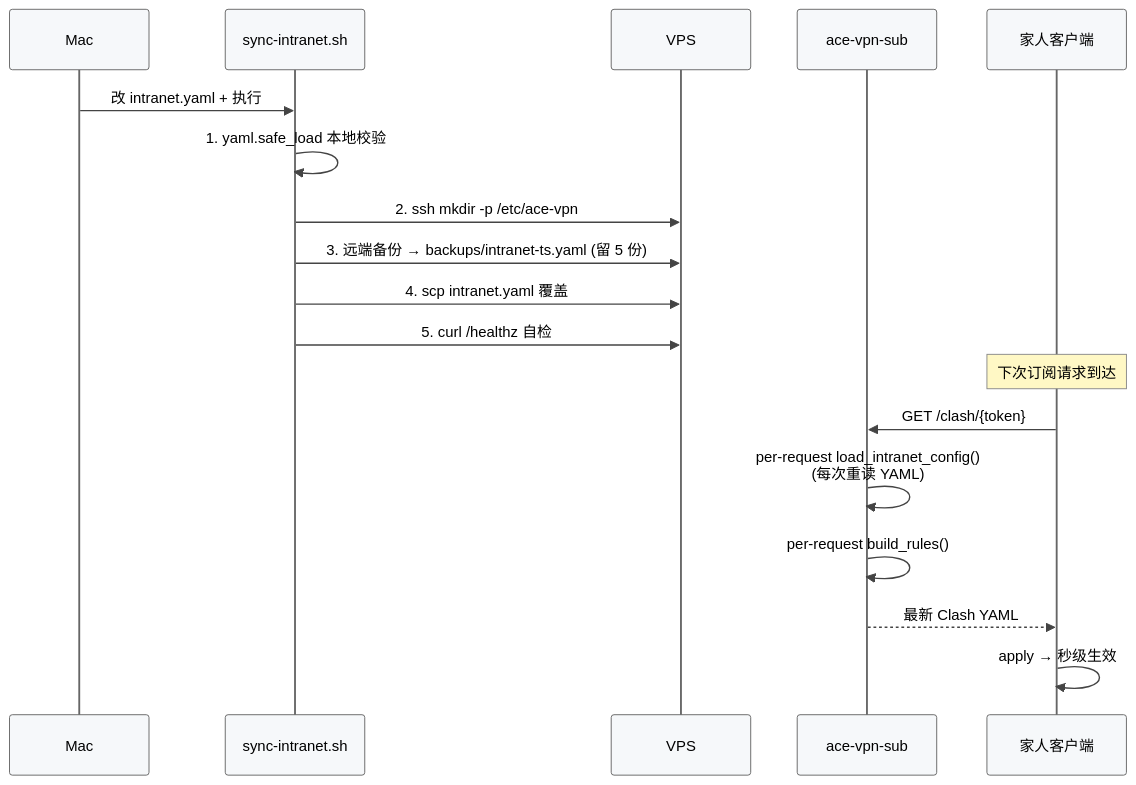
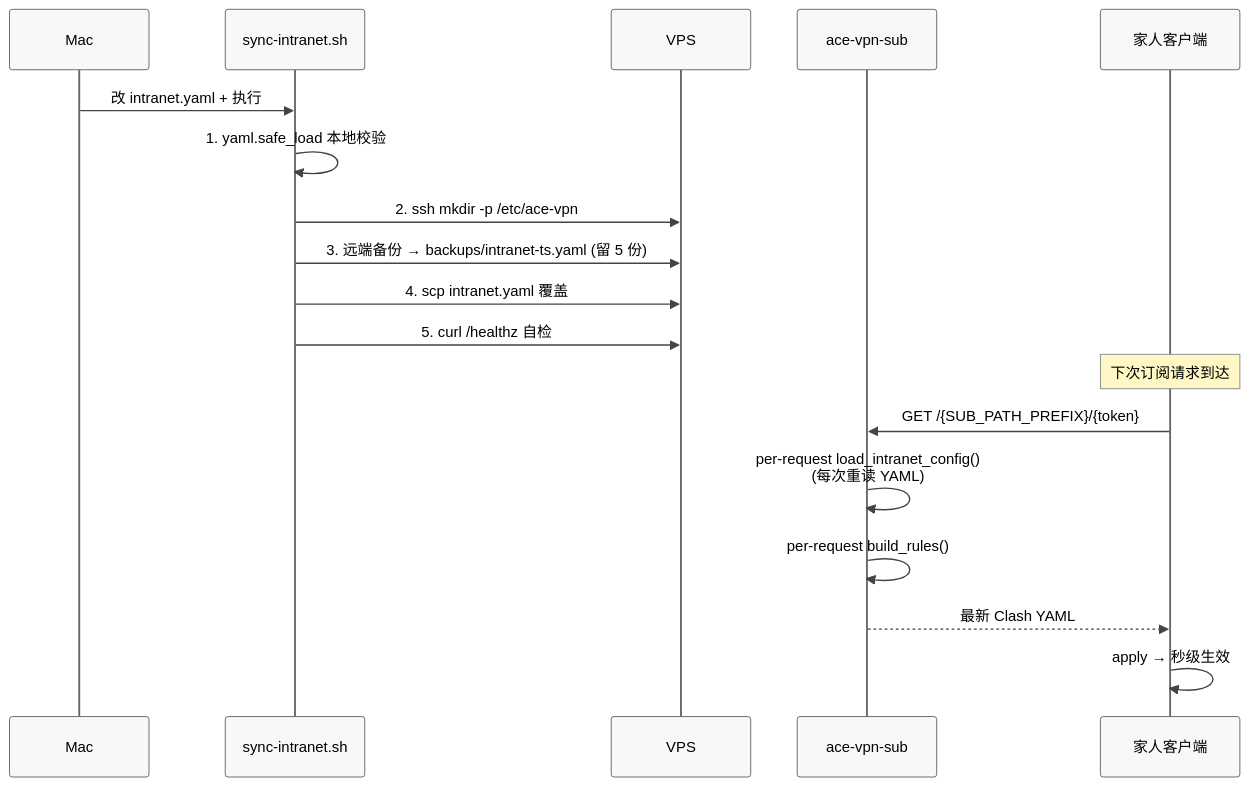
One commit to xiaonancs/ace-vpn changed the sixth of 6 diagrams in docs/ACE架构设计.md. Above: the diagram before and after it, drawn with Mermaid. The commit also changed other lines of this file and 16 other files, not shown here.

````diff
--- a/docs/ACE架构设计.md
+++ b/docs/ACE架构设计.md
@@ -1029,21 +1041,21 @@
 ```mermaid
 %%{init: {"theme": "base", "themeCSS": "svg { background: #ffffff !important; } .label, .messageText, .loopText, .noteText, text { color: #000000 !important; fill: #000000 !important; }", "themeVariables": {"background": "#ffffff", "mainBkg": "#ffffff", "primaryColor": "#ffffff", "primaryTextColor": "#000000", "primaryBorderColor": "#333333", "lineColor": "#444444", "actorBkg": "#f6f8fa", "actorBorder": "#666666", "actorTextColor": "#000000", "activationBkgColor": "#ffffff", "activationBorderColor": "#333333", "noteBkgColor": "#fff8c5", "noteBorderColor": "#888888", "noteTextColor": "#000000", "signalColor": "#444444", "signalTextColor": "#000000"}}}%%
 sequenceDiagram
     participant Mac
     participant Sync as sync-intranet.sh
     participant VPS
     participant Sub as ace-vpn-sub
     participant Cli as 家人客户端
     Mac->>Sync: 改 intranet.yaml + 执行
     Sync->>Sync: 1. yaml.safe_load 本地校验
     Sync->>VPS: 2. ssh mkdir -p /etc/ace-vpn
     Sync->>VPS: 3. 远端备份 → backups/intranet-ts.yaml (留 5 份)
     Sync->>VPS: 4. scp intranet.yaml 覆盖
     Sync->>VPS: 5. curl /healthz 自检
     Note over Cli: 下次订阅请求到达
-    Cli->>Sub: GET /clash/{token}
+    Cli->>Sub: GET /{SUB_PATH_PREFIX}/{token}
     Sub->>Sub: per-request load_intranet_config()<br/>(每次重读 YAML)
     Sub->>Sub: per-request build_rules()
     Sub-->>Cli: 最新 Clash YAML
     Cli->>Cli: apply → 秒级生效
 ```
````
